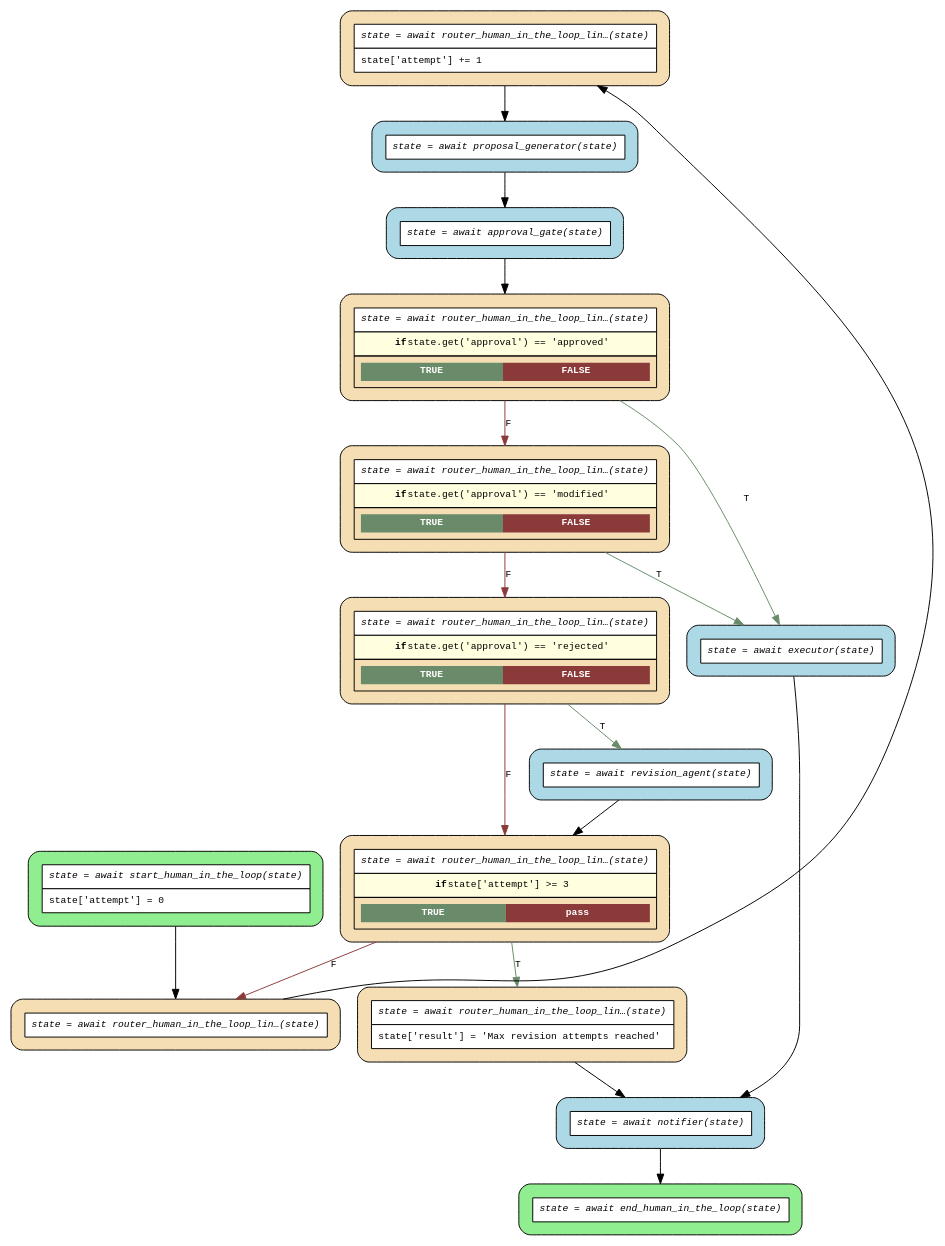
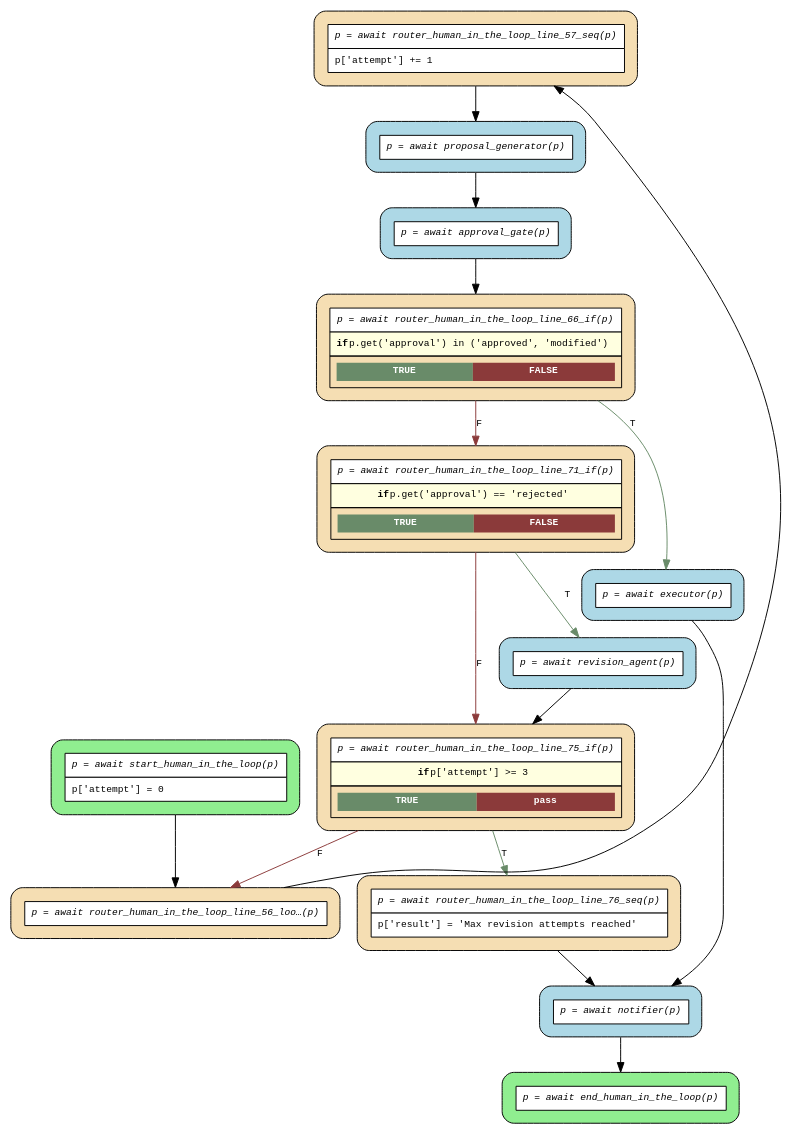
Before and after one commit to mrhillsman-enterprise-ai/asya: the diagram in examples/flows/agentic/compiled/human_in_the_loop/flow.dot, drawn with Graphviz. The commit also changed 161 other files, not shown here.

First line of the commit message:
fix(flow-compiler): generate SVG instead of PNG for deterministic pre-commit flow diagrams [bvs4] (#302)

```diff
--- a/examples/flows/agentic/compiled/human_in_the_loop/flow.dot
+++ b/examples/flows/agentic/compiled/human_in_the_loop/flow.dot
@@ -1,39 +1,36 @@
 digraph flow {
   rankdir=TB;
   graph [fontname="Courier", fontsize=10];
   node [fontname="Courier", fontsize=10, shape=box, style="filled,rounded", margin="0.2"];
   edge [fontname="Courier", fontsize=10];
 
-  start_human_in_the_loop [fillcolor="lightgreen", group="main", label=<<table border="0" cellspacing="0" cellpadding="6" cellborder="1"><tr><td bgcolor="white" align="center"><i>state = await start_human_in_the_loop(state)</i></td></tr><tr><td bgcolor="white" align="left">state['attempt'] = 0</td></tr></table>>];
-  router_human_in_the_loop_line_81_seq [fillcolor="wheat", group="main", label=<<table border="0" cellspacing="0" cellpadding="6" cellborder="1"><tr><td bgcolor="white" align="center"><i>state = await router_human_in_the_loop_lin…(state)</i></td></tr><tr><td bgcolor="white" align="left">state['result'] = 'Max revision attempts reached'</td></tr></table>>];
-  router_human_in_the_loop_line_80_if [fillcolor="wheat", group="main", label=<<table border="0" cellspacing="0" cellpadding="6" cellborder="1"><tr><td bgcolor="white" align="center"><i>state = await router_human_in_the_loop_lin…(state)</i></td></tr><tr><td bgcolor="lightyellow"><b>if</b> state['attempt'] &gt;= 3</td></tr><tr><td><table border="0" cellspacing="0" cellpadding="4"><tr><td bgcolor="darkseagreen4"><font color="white"><b>TRUE</b></font></td><td bgcolor="indianred4"><font color="white"><b>pass</b></font></td></tr></table></td></tr></table>>];
-  router_human_in_the_loop_line_76_if [fillcolor="wheat", group="main", label=<<table border="0" cellspacing="0" cellpadding="6" cellborder="1"><tr><td bgcolor="white" align="center"><i>state = await router_human_in_the_loop_lin…(state)</i></td></tr><tr><td bgcolor="lightyellow"><b>if</b> state.get('approval') == 'rejected'</td></tr><tr><td><table border="0" cellspacing="0" cellpadding="4"><tr><td bgcolor="darkseagreen4"><font color="white"><b>TRUE</b></font></td><td bgcolor="indianred4"><font color="white"><b>FALSE</b></font></td></tr></table></td></tr></table>>];
-  router_human_in_the_loop_line_71_if [fillcolor="wheat", group="main", label=<<table border="0" cellspacing="0" cellpadding="6" cellborder="1"><tr><td bgcolor="white" align="center"><i>state = await router_human_in_the_loop_lin…(state)</i></td></tr><tr><td bgcolor="lightyellow"><b>if</b> state.get('approval') == 'modified'</td></tr><tr><td><table border="0" cellspacing="0" cellpadding="4"><tr><td bgcolor="darkseagreen4"><font color="white"><b>TRUE</b></font></td><td bgcolor="indianred4"><font color="white"><b>FALSE</b></font></td></tr></table></td></tr></table>>];
-  router_human_in_the_loop_line_66_if [fillcolor="wheat", group="main", label=<<table border="0" cellspacing="0" cellpadding="6" cellborder="1"><tr><td bgcolor="white" align="center"><i>state = await router_human_in_the_loop_lin…(state)</i></td></tr><tr><td bgcolor="lightyellow"><b>if</b> state.get('approval') == 'approved'</td></tr><tr><td><table border="0" cellspacing="0" cellpadding="4"><tr><td bgcolor="darkseagreen4"><font color="white"><b>TRUE</b></font></td><td bgcolor="indianred4"><font color="white"><b>FALSE</b></font></td></tr></table></td></tr></table>>];
-  router_human_in_the_loop_line_57_seq [fillcolor="wheat", group="main", label=<<table border="0" cellspacing="0" cellpadding="6" cellborder="1"><tr><td bgcolor="white" align="center"><i>state = await router_human_in_the_loop_lin…(state)</i></td></tr><tr><td bgcolor="white" align="left">state['attempt'] += 1</td></tr></table>>];
-  router_human_in_the_loop_line_56_loop_back_0 [fillcolor="wheat", group="main", label=<<table border="0" cellspacing="0" cellpadding="6" cellborder="1"><tr><td bgcolor="white" align="center"><i>state = await router_human_in_the_loop_lin…(state)</i></td></tr></table>>];
-  end_human_in_the_loop [fillcolor="lightgreen", group="main", label=<<table border="0" cellspacing="0" cellpadding="6" cellborder="1"><tr><td bgcolor="white" align="center"><i>state = await end_human_in_the_loop(state)</i></td></tr></table>>];
-  approval_gate [fillcolor="lightblue", label=<<table border="0" cellspacing="0" cellpadding="6" cellborder="1"><tr><td bgcolor="white" align="center"><i>state = await approval_gate(state)</i></td></tr></table>>];
-  executor [fillcolor="lightblue", label=<<table border="0" cellspacing="0" cellpadding="6" cellborder="1"><tr><td bgcolor="white" align="center"><i>state = await executor(state)</i></td></tr></table>>];
-  notifier [fillcolor="lightblue", label=<<table border="0" cellspacing="0" cellpadding="6" cellborder="1"><tr><td bgcolor="white" align="center"><i>state = await notifier(state)</i></td></tr></table>>];
-  proposal_generator [fillcolor="lightblue", label=<<table border="0" cellspacing="0" cellpadding="6" cellborder="1"><tr><td bgcolor="white" align="center"><i>state = await proposal_generator(state)</i></td></tr></table>>];
-  revision_agent [fillcolor="lightblue", label=<<table border="0" cellspacing="0" cellpadding="6" cellborder="1"><tr><td bgcolor="white" align="center"><i>state = await revision_agent(state)</i></td></tr></table>>];
+  start_human_in_the_loop [fillcolor="lightgreen", group="main", label=<<table border="0" cellspacing="0" cellpadding="6" cellborder="1"><tr><td bgcolor="white" align="center"><i>p = await start_human_in_the_loop(p)</i></td></tr><tr><td bgcolor="white" align="left">p['attempt'] = 0</td></tr></table>>];
+  router_human_in_the_loop_line_71_if [fillcolor="wheat", group="main", label=<<table border="0" cellspacing="0" cellpadding="6" cellborder="1"><tr><td bgcolor="white" align="center"><i>p = await router_human_in_the_loop_line_71_if(p)</i></td></tr><tr><td bgcolor="lightyellow"><b>if</b> p.get('approval') == 'rejected'</td></tr><tr><td><table border="0" cellspacing="0" cellpadding="4"><tr><td bgcolor="darkseagreen4"><font color="white"><b>TRUE</b></font></td><td bgcolor="indianred4"><font color="white"><b>FALSE</b></font></td></tr></table></td></tr></table>>];
+  router_human_in_the_loop_line_76_seq [fillcolor="wheat", group="main", label=<<table border="0" cellspacing="0" cellpadding="6" cellborder="1"><tr><td bgcolor="white" align="center"><i>p = await router_human_in_the_loop_line_76_seq(p)</i></td></tr><tr><td bgcolor="white" align="left">p['result'] = 'Max revision attempts reached'</td></tr></table>>];
+  router_human_in_the_loop_line_75_if [fillcolor="wheat", group="main", label=<<table border="0" cellspacing="0" cellpadding="6" cellborder="1"><tr><td bgcolor="white" align="center"><i>p = await router_human_in_the_loop_line_75_if(p)</i></td></tr><tr><td bgcolor="lightyellow"><b>if</b> p['attempt'] &gt;= 3</td></tr><tr><td><table border="0" cellspacing="0" cellpadding="4"><tr><td bgcolor="darkseagreen4"><font color="white"><b>TRUE</b></font></td><td bgcolor="indianred4"><font color="white"><b>pass</b></font></td></tr></table></td></tr></table>>];
+  router_human_in_the_loop_line_66_if [fillcolor="wheat", group="main", label=<<table border="0" cellspacing="0" cellpadding="6" cellborder="1"><tr><td bgcolor="white" align="center"><i>p = await router_human_in_the_loop_line_66_if(p)</i></td></tr><tr><td bgcolor="lightyellow"><b>if</b> p.get('approval') in ('approved', 'modified')</td></tr><tr><td><table border="0" cellspacing="0" cellpadding="4"><tr><td bgcolor="darkseagreen4"><font color="white"><b>TRUE</b></font></td><td bgcolor="indianred4"><font color="white"><b>FALSE</b></font></td></tr></table></td></tr></table>>];
+  router_human_in_the_loop_line_57_seq [fillcolor="wheat", group="main", label=<<table border="0" cellspacing="0" cellpadding="6" cellborder="1"><tr><td bgcolor="white" align="center"><i>p = await router_human_in_the_loop_line_57_seq(p)</i></td></tr><tr><td bgcolor="white" align="left">p['attempt'] += 1</td></tr></table>>];
+  router_human_in_the_loop_line_56_loop_back_0 [fillcolor="wheat", group="main", label=<<table border="0" cellspacing="0" cellpadding="6" cellborder="1"><tr><td bgcolor="white" align="center"><i>p = await router_human_in_the_loop_line_56_loo…(p)</i></td></tr></table>>];
+  end_human_in_the_loop [fillcolor="lightgreen", group="main", label=<<table border="0" cellspacing="0" cellpadding="6" cellborder="1"><tr><td bgcolor="white" align="center"><i>p = await end_human_in_the_loop(p)</i></td></tr></table>>];
+  approval_gate [fillcolor="lightblue", label=<<table border="0" cellspacing="0" cellpadding="6" cellborder="1"><tr><td bgcolor="white" align="center"><i>p = await approval_gate(p)</i></td></tr></table>>];
+  executor [fillcolor="lightblue", label=<<table border="0" cellspacing="0" cellpadding="6" cellborder="1"><tr><td bgcolor="white" align="center"><i>p = await executor(p)</i></td></tr></table>>];
+  notifier [fillcolor="lightblue", label=<<table border="0" cellspacing="0" cellpadding="6" cellborder="1"><tr><td bgcolor="white" align="center"><i>p = await notifier(p)</i></td></tr></table>>];
+  proposal_generator [fillcolor="lightblue", label=<<table border="0" cellspacing="0" cellpadding="6" cellborder="1"><tr><td bgcolor="white" align="center"><i>p = await proposal_generator(p)</i></td></tr></table>>];
+  revision_agent [fillcolor="lightblue", label=<<table border="0" cellspacing="0" cellpadding="6" cellborder="1"><tr><td bgcolor="white" align="center"><i>p = await revision_agent(p)</i></td></tr></table>>];
 
   approval_gate -> router_human_in_the_loop_line_66_if;
   executor -> notifier;
   notifier -> end_human_in_the_loop;
   proposal_generator -> approval_gate;
-  revision_agent -> router_human_in_the_loop_line_80_if;
+  revision_agent -> router_human_in_the_loop_line_75_if;
   router_human_in_the_loop_line_56_loop_back_0 -> router_human_in_the_loop_line_57_seq [constraint=false];
   router_human_in_the_loop_line_57_seq -> proposal_generator;
   router_human_in_the_loop_line_66_if -> executor [label="T", color=darkseagreen4];
   router_human_in_the_loop_line_66_if -> router_human_in_the_loop_line_71_if [label="F", color=indianred4];
-  router_human_in_the_loop_line_71_if -> executor [label="T", color=darkseagreen4];
-  router_human_in_the_loop_line_71_if -> router_human_in_the_loop_line_76_if [label="F", color=indianred4];
-  router_human_in_the_loop_line_76_if -> revision_agent [label="T", color=darkseagreen4];
-  router_human_in_the_loop_line_76_if -> router_human_in_the_loop_line_80_if [label="F", color=indianred4];
-  router_human_in_the_loop_line_80_if -> router_human_in_the_loop_line_56_loop_back_0 [label="F", color=indianred4];
-  router_human_in_the_loop_line_80_if -> router_human_in_the_loop_line_81_seq [label="T", color=darkseagreen4];
-  router_human_in_the_loop_line_81_seq -> notifier;
+  router_human_in_the_loop_line_71_if -> revision_agent [label="T", color=darkseagreen4];
+  router_human_in_the_loop_line_71_if -> router_human_in_the_loop_line_75_if [label="F", color=indianred4];
+  router_human_in_the_loop_line_75_if -> router_human_in_the_loop_line_56_loop_back_0 [label="F", color=indianred4];
+  router_human_in_the_loop_line_75_if -> router_human_in_the_loop_line_76_seq [label="T", color=darkseagreen4];
+  router_human_in_the_loop_line_76_seq -> notifier;
   start_human_in_the_loop -> router_human_in_the_loop_line_56_loop_back_0;
 }
```
